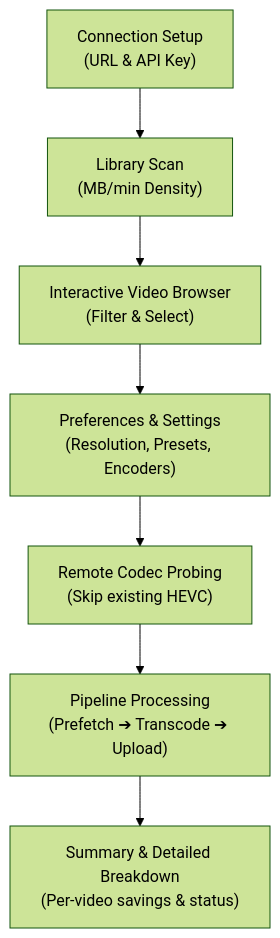
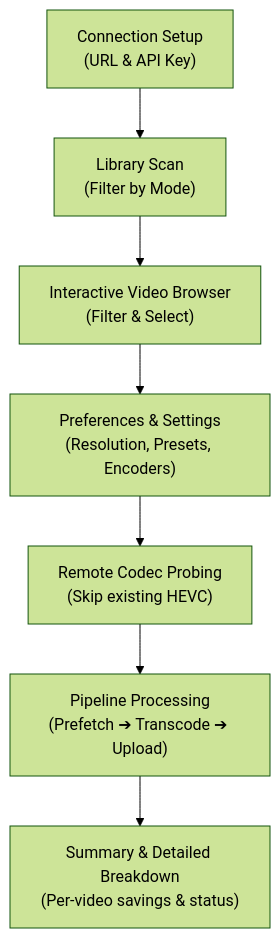
One commit to dragosmiron/immich-video-optimizer changed the diagram in README.md. Above: the diagram before and after it, drawn with Mermaid (forest theme). The commit also changed other lines of this file and 8 other files, not shown here.

Commit message:
feat: add dedicated 3-option filter toggle (MB/min, Total MB, Disabled) for v0.2.1

````diff
--- a/README.md
+++ b/README.md
@@ -101,9 +101,9 @@
 ```mermaid
 flowchart TD
-    A["Connection Setup<br/>(URL & API Key)"] --> B["Library Scan<br/>(MB/min Density)"]
+    A["Connection Setup<br/>(URL & API Key)"] --> B["Library Scan<br/>(Filter by Mode)"]
     B --> C["Interactive Video Browser<br/>(Filter & Select)"]
     C --> D["Preferences & Settings<br/>(Resolution, Presets, Encoders)"]
     D --> E["Remote Codec Probing<br/>(Skip existing HEVC)"]
     E --> F["Pipeline Processing<br/>(Prefetch ➔ Transcode ➔ Upload)"]
     F --> G["Summary & Detailed Breakdown<br/>(Per-video savings & status)"]
 ```
````
